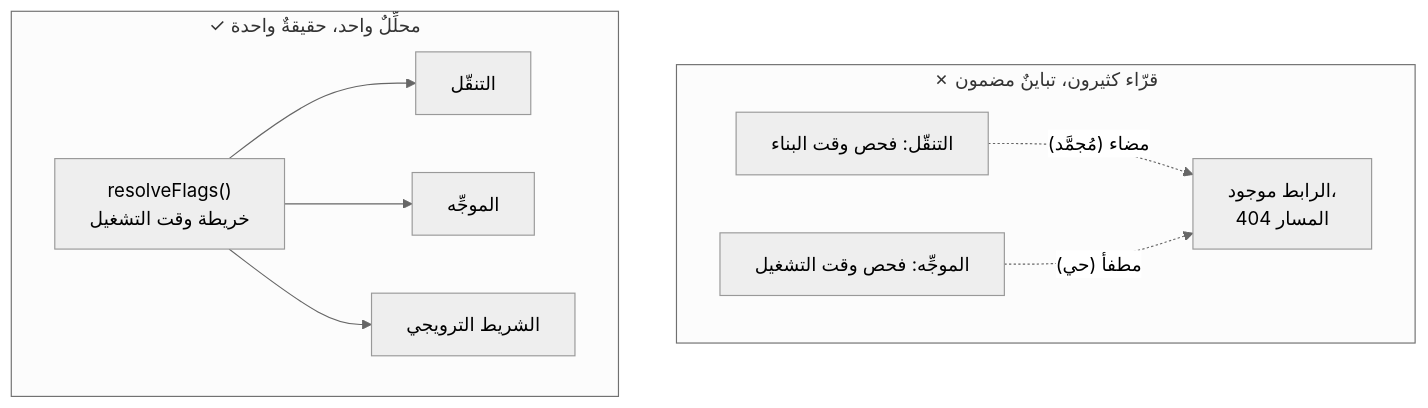
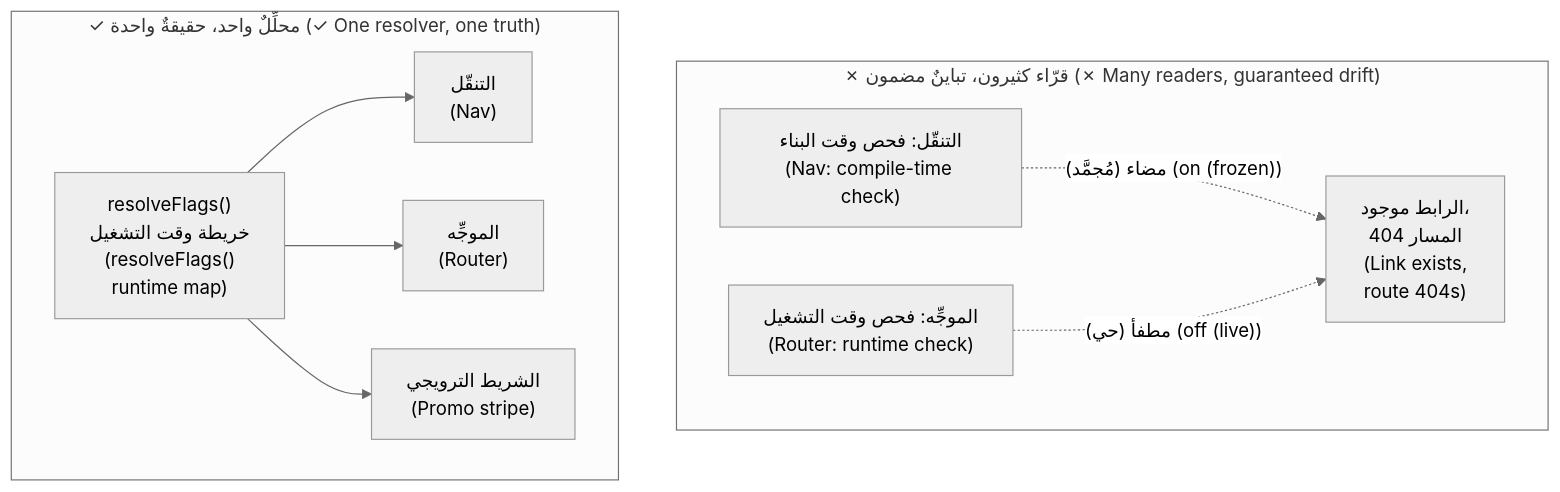
One commit to Tamoura/system-design-for-vibe-coders changed the third of 7 diagrams in modules/06-many-clients/module.ar.md. Above: the diagram before and after it, drawn with Mermaid (neutral theme). The commit also changed other lines of this file and 62 other files, not shown here.

First line of the commit message:
Arabic editions: English on every diagram label, RTL fixes, rebuild

````diff
--- a/modules/06-many-clients/module.ar.md
+++ b/modules/06-many-clients/module.ar.md
@@ -308,12 +308,12 @@
 ```mermaid
 flowchart TD
-    subgraph BAD["✗ قرّاء كثيرون، تباينٌ مضمون"]
-      C1["التنقّل: فحص وقت البناء"] -.->|"مضاء (مُجمَّد)"| DRIFT["الرابط موجود،<br/>المسار 404"]
-      C2["الموجِّه: فحص وقت التشغيل"] -.->|"مطفأ (حي)"| DRIFT
+    subgraph BAD["✗ قرّاء كثيرون، تباينٌ مضمون (✗ Many readers, guaranteed drift)"]
+      C1["التنقّل: فحص وقت البناء<br/>(Nav: compile-time check)"] -.->|"مضاء (مُجمَّد) (on (frozen))"| DRIFT["الرابط موجود،<br/>المسار 404<br/>(Link exists,<br/>route 404s)"]
+      C2["الموجِّه: فحص وقت التشغيل<br/>(Router: runtime check)"] -.->|"مطفأ (حي) (off (live))"| DRIFT
     end
-    subgraph GOOD["✓ محلِّلٌ واحد، حقيقةٌ واحدة"]
-      R["resolveFlags()<br/>خريطة وقت التشغيل"] --> N["التنقّل"]
-      R --> RT["الموجِّه"]
-      R --> P["الشريط الترويجي"]
+    subgraph GOOD["✓ محلِّلٌ واحد، حقيقةٌ واحدة (✓ One resolver, one truth)"]
+      R["resolveFlags()<br/>خريطة وقت التشغيل<br/>(resolveFlags()<br/>runtime map)"] --> N["التنقّل<br/>(Nav)"]
+      R --> RT["الموجِّه<br/>(Router)"]
+      R --> P["الشريط الترويجي<br/>(Promo stripe)"]
     end
 ```
````
